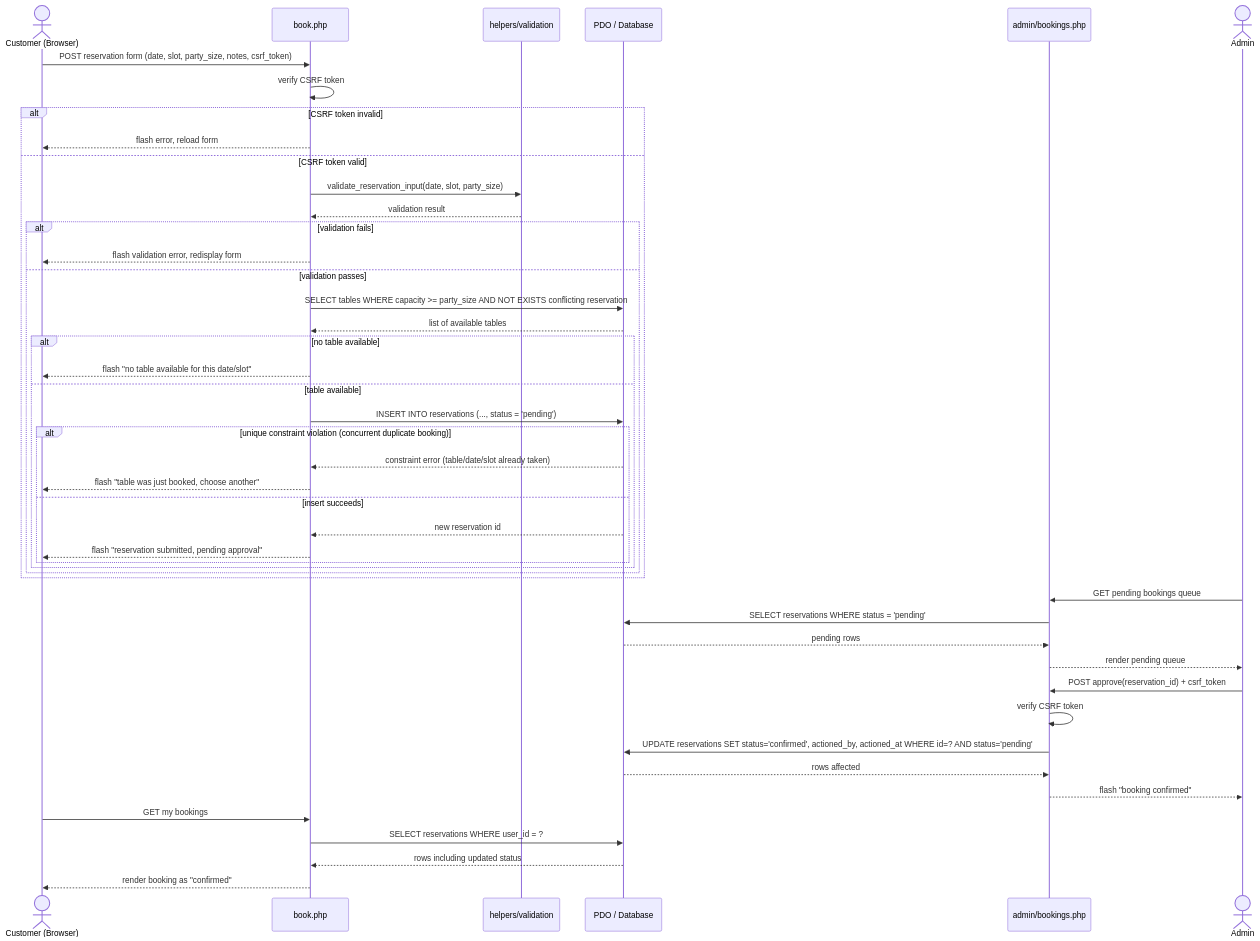
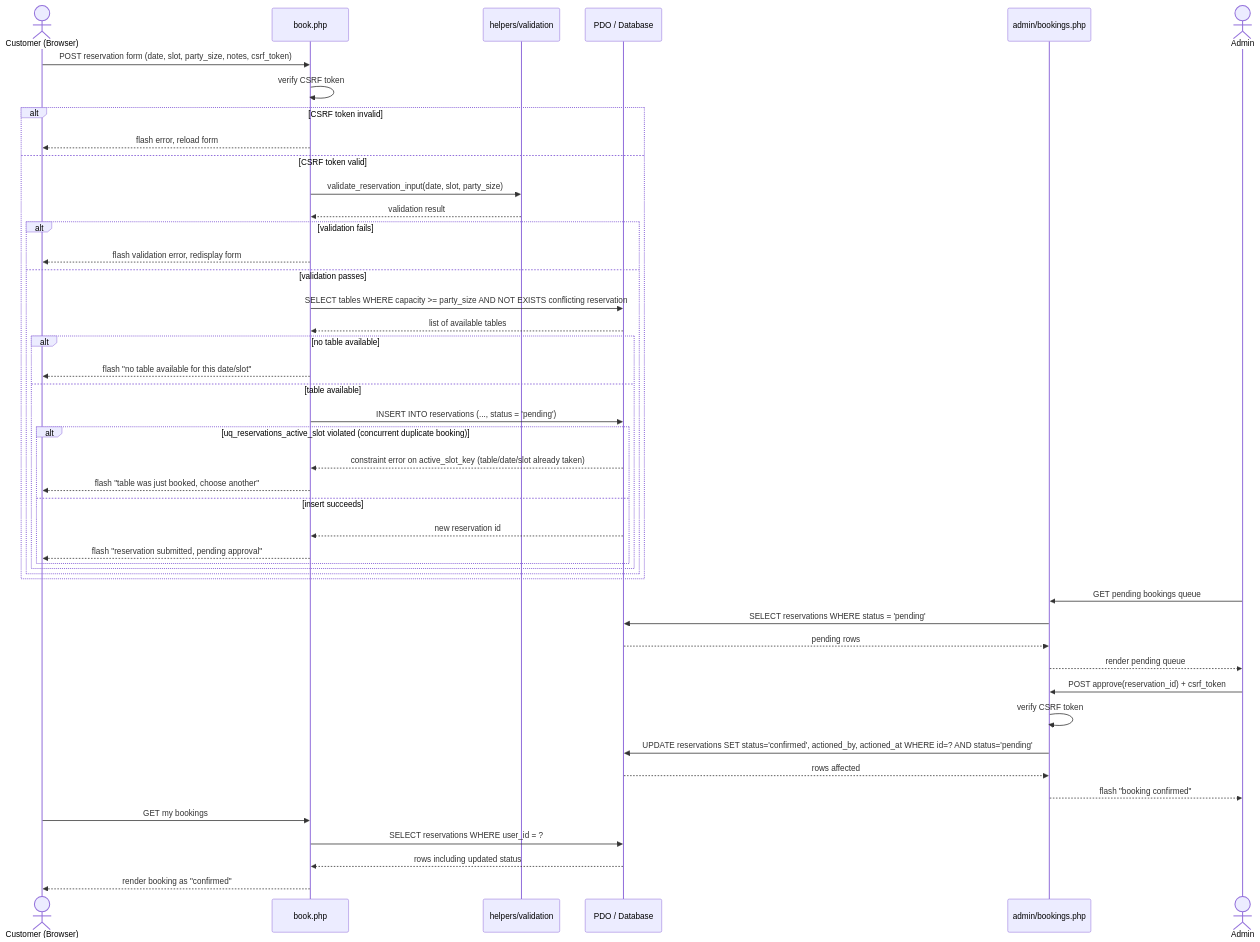
Before and after one commit to met23080025-ui/FINAL-EXAMINATION-HSB2006-DEVELOPING-BUSINESS-APPLICATIONS: the third of 3 diagrams in docs/report-content.md, drawn with Mermaid. The commit also changed other lines of this file and 6 other files, not shown here.

Commit message:
feat(db): add schema with double-booking constraint and seed data

````diff
--- a/docs/report-content.md
+++ b/docs/report-content.md
@@ -162,56 +162,56 @@
 ```mermaid
 sequenceDiagram
     actor Customer as Customer (Browser)
     participant Book as book.php
     participant Valid as helpers/validation
     participant DB as PDO / Database
     participant AdminPage as admin/bookings.php
     actor AdminUser as Admin
 
     Customer->>Book: POST reservation form (date, slot, party_size, notes, csrf_token)
     Book->>Book: verify CSRF token
 
     alt CSRF token invalid
         Book-->>Customer: flash error, reload form
     else CSRF token valid
         Book->>Valid: validate_reservation_input(date, slot, party_size)
         Valid-->>Book: validation result
 
         alt validation fails
             Book-->>Customer: flash validation error, redisplay form
         else validation passes
             Book->>DB: SELECT tables WHERE capacity >= party_size AND NOT EXISTS conflicting reservation
             DB-->>Book: list of available tables
 
             alt no table available
                 Book-->>Customer: flash "no table available for this date/slot"
             else table available
                 Book->>DB: INSERT INTO reservations (..., status = 'pending')
 
-                alt unique constraint violation (concurrent duplicate booking)
-                    DB-->>Book: constraint error (table/date/slot already taken)
+                alt uq_reservations_active_slot violated (concurrent duplicate booking)
+                    DB-->>Book: constraint error on active_slot_key (table/date/slot already taken)
                     Book-->>Customer: flash "table was just booked, choose another"
                 else insert succeeds
                     DB-->>Book: new reservation id
                     Book-->>Customer: flash "reservation submitted, pending approval"
                 end
             end
         end
     end
 
     AdminUser->>AdminPage: GET pending bookings queue
     AdminPage->>DB: SELECT reservations WHERE status = 'pending'
     DB-->>AdminPage: pending rows
     AdminPage-->>AdminUser: render pending queue
 
     AdminUser->>AdminPage: POST approve(reservation_id) + csrf_token
     AdminPage->>AdminPage: verify CSRF token
     AdminPage->>DB: UPDATE reservations SET status='confirmed', actioned_by, actioned_at WHERE id=? AND status='pending'
     DB-->>AdminPage: rows affected
     AdminPage-->>AdminUser: flash "booking confirmed"
 
     Customer->>Book: GET my bookings
     Book->>DB: SELECT reservations WHERE user_id = ?
     DB-->>Book: rows including updated status
     Book-->>Customer: render booking as "confirmed"
 ```
````
